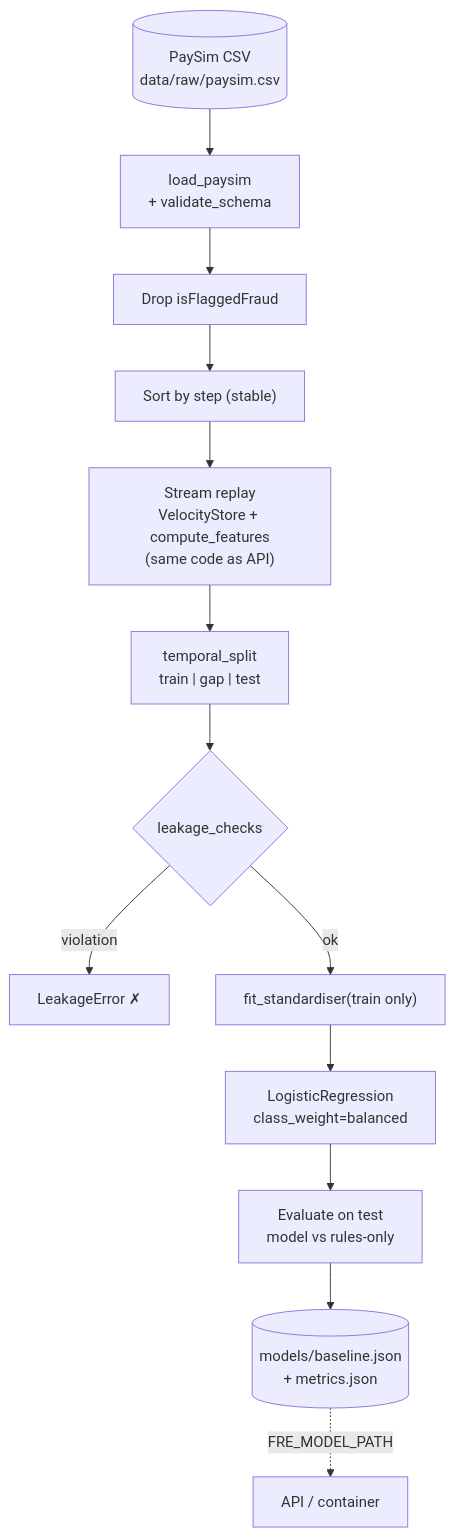
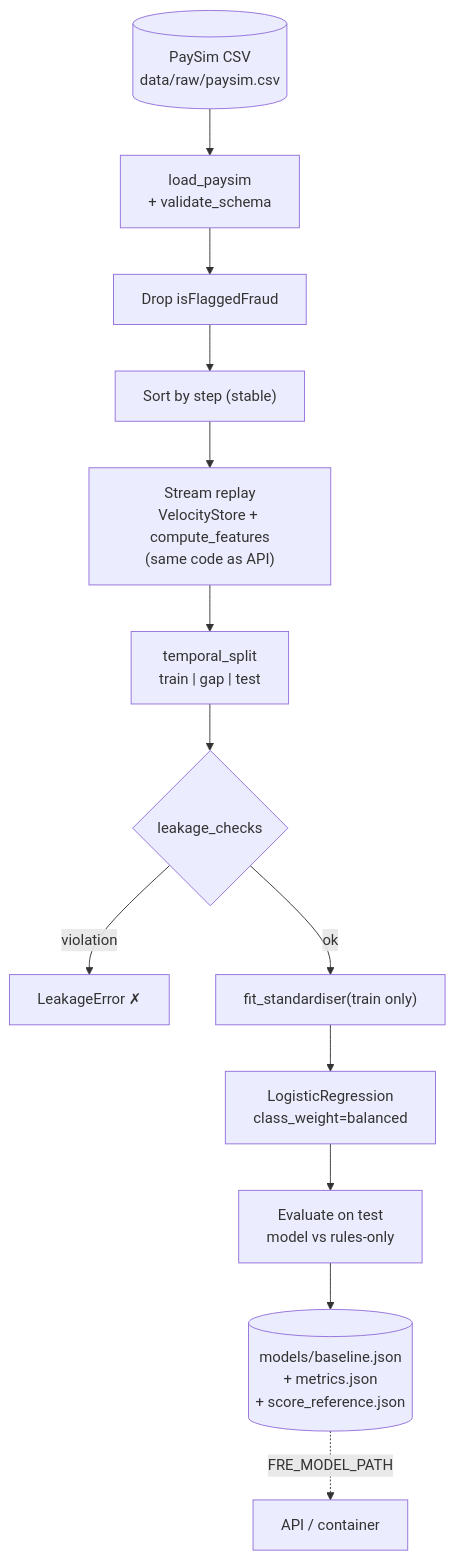
One commit to Csaf111/realtime-fraud-risk-engine changed the third of 5 diagrams in docs/architecture.md. Above: the diagram before and after it, drawn with Mermaid. The commit also changed other lines of this file and 8 other files, not shown here.

First line of the commit message:
feat(monitoring): rolling PSI score drift vs a training-window reference

````diff
--- a/docs/architecture.md
+++ b/docs/architecture.md
@@ -53,15 +53,15 @@
 ```mermaid
 flowchart TD
     csv[("PaySim CSV<br/>data/raw/paysim.csv")] --> load["load_paysim<br/>+ validate_schema"]
     load --> drop["Drop isFlaggedFraud"]
     drop --> sort["Sort by step (stable)"]
     sort --> replay["Stream replay<br/>VelocityStore + compute_features<br/>(same code as API)"]
     replay --> split["temporal_split<br/>train | gap | test"]
     split --> checks{"leakage_checks"}
     checks -- violation --> fail["LeakageError ✗"]
     checks -- ok --> scale["fit_standardiser(train only)"]
     scale --> fit["LogisticRegression<br/>class_weight=balanced"]
     fit --> eval["Evaluate on test<br/>model vs rules-only"]
-    eval --> art[("models/baseline.json<br/>+ metrics.json")]
+    eval --> art[("models/baseline.json<br/>+ metrics.json<br/>+ score_reference.json")]
     art -. "FRE_MODEL_PATH" .-> serve["API / container"]
 ```
````
